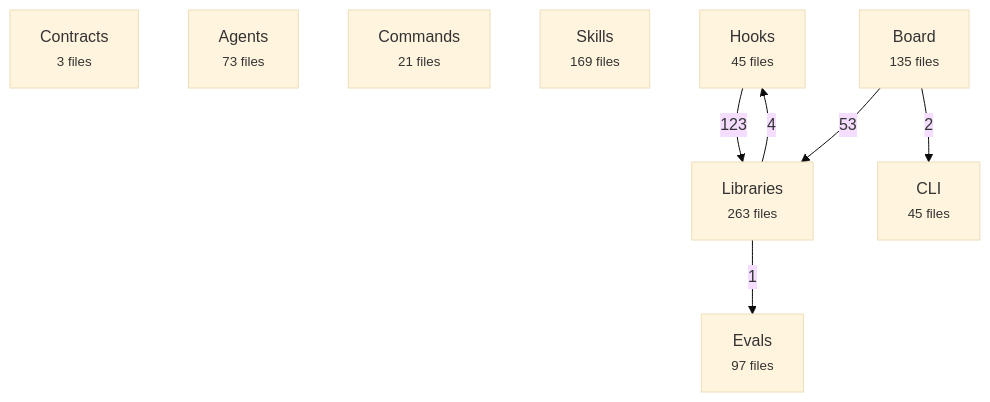
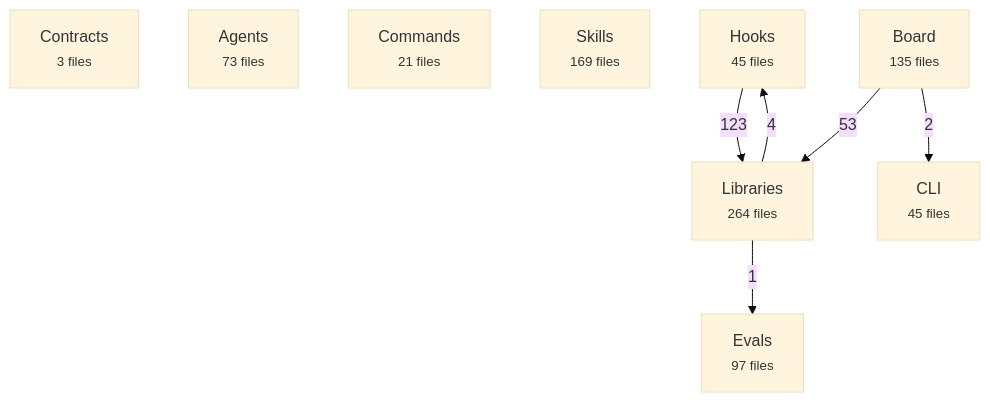
One commit to avelikiy/great_cto changed the first of 2 diagrams in docs/reference/architecture-map.md. Above: the diagram before and after it, drawn with Mermaid (base theme). The commit also changed other lines of this file and 10 other files, not shown here.

````diff
--- a/docs/reference/architecture-map.md
+++ b/docs/reference/architecture-map.md
@@ -20,17 +20,17 @@
 ```mermaid
 flowchart TD
   contracts["Contracts<br/><small>3 files</small>"]
   agents["Agents<br/><small>73 files</small>"]
   commands["Commands<br/><small>21 files</small>"]
   skills["Skills<br/><small>169 files</small>"]
   hooks["Hooks<br/><small>45 files</small>"]
-  libs["Libraries<br/><small>263 files</small>"]
+  libs["Libraries<br/><small>264 files</small>"]
   board["Board<br/><small>135 files</small>"]
   cli["CLI<br/><small>45 files</small>"]
   evals["Evals<br/><small>97 files</small>"]
   hooks -->|123| libs
   board -->|53| libs
   libs -->|4| hooks
   board -->|2| cli
   libs -->|1| evals
 ```
````
